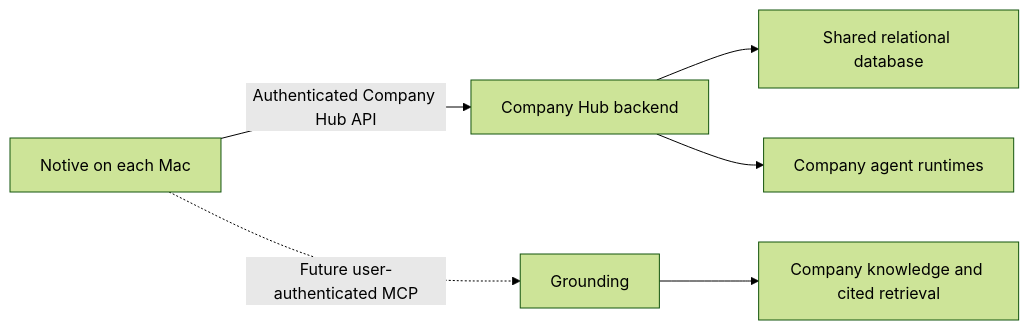
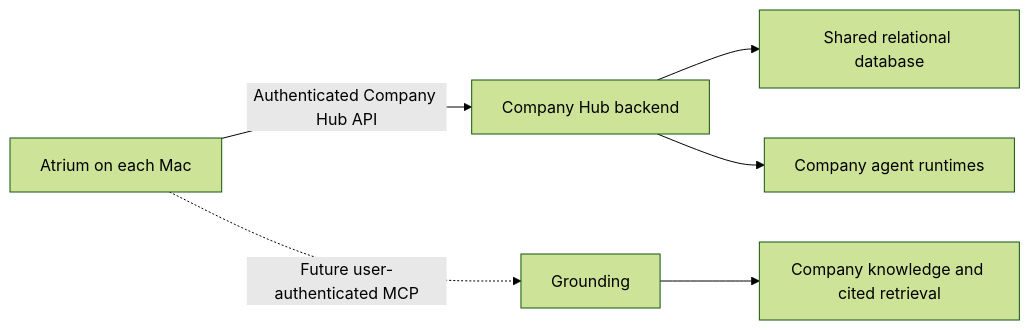
The second of 2 diagrams in docs/product-vision.md (Schramm2/Atrium), drawn with Mermaid (forest theme) before and after one commit. The commit also changed other lines of this file and 221 other files, not shown here.

````diff
--- a/docs/product-vision.md
+++ b/docs/product-vision.md
@@ -325,8 +325,8 @@
 ```mermaid
 flowchart LR
-    App["Notive on each Mac"] -->|"Authenticated Company Hub API"| Hub["Company Hub backend"]
+    App["Atrium on each Mac"] -->|"Authenticated Company Hub API"| Hub["Company Hub backend"]
     Hub --> SharedDB["Shared relational database"]
     Hub --> Agents["Company agent runtimes"]
     App -.->|"Future user-authenticated MCP"| Grounding["Grounding"]
     Grounding --> Knowledge["Company knowledge and cited retrieval"]
 ```
````
